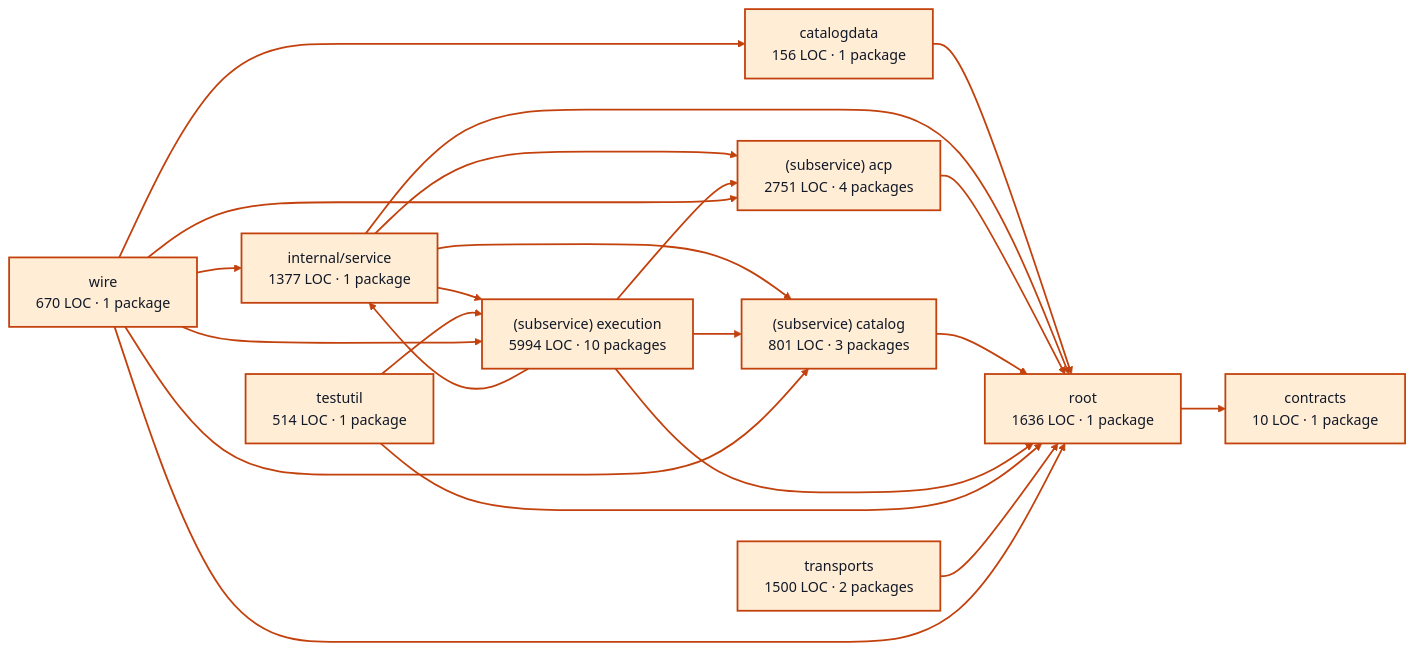
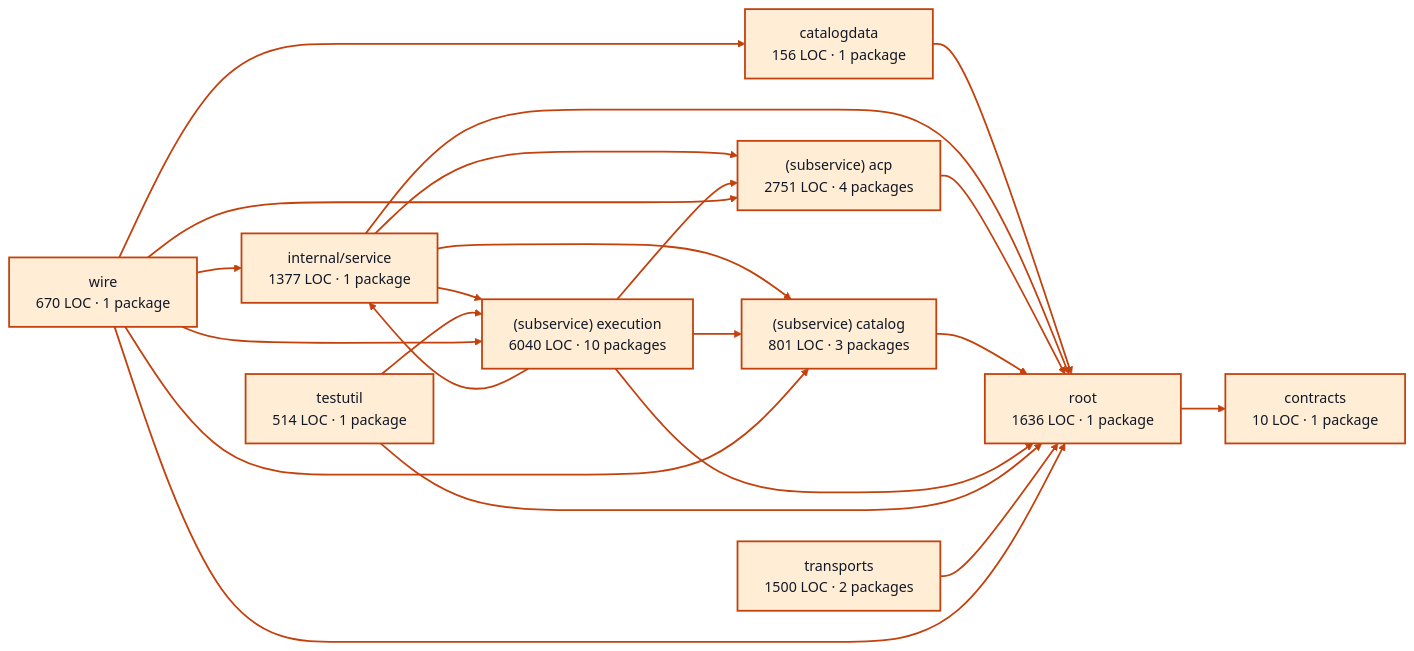
One commit to portpowered/you-agent-factory changed the diagram in docs/architecture/visualizations/services/providers.md. Above: the diagram before and after it, drawn with Mermaid. The commit also changed other lines of this file and 20 other files, not shown here.

Commit message:
docs: refresh backend architecture visualizations

````diff
--- a/docs/architecture/visualizations/services/providers.md
+++ b/docs/architecture/visualizations/services/providers.md
@@ -11,45 +11,45 @@
 ```mermaid
 flowchart LR
   p0["catalogdata<br/>156 LOC · 1 package"]
   p1["contracts<br/>10 LOC · 1 package"]
   p2["internal/service<br/>1377 LOC · 1 package"]
   p3["(subservice) acp<br/>2751 LOC · 4 packages"]
   p4["(subservice) catalog<br/>801 LOC · 3 packages"]
-  p5["(subservice) execution<br/>5994 LOC · 10 packages"]
+  p5["(subservice) execution<br/>6040 LOC · 10 packages"]
   p6["testutil<br/>514 LOC · 1 package"]
   p7["root<br/>1636 LOC · 1 package"]
   p8["transports<br/>1500 LOC · 2 packages"]
   p9["wire<br/>670 LOC · 1 package"]
   p0 --> p7
   p2 --> p3
   p2 --> p4
   p2 --> p5
   p2 --> p7
   p3 --> p7
   p4 --> p7
   p5 --> p2
   p5 --> p3
   p5 --> p4
   p5 --> p7
   p6 --> p5
   p6 --> p7
   p7 --> p1
   p8 --> p7
   p9 --> p0
   p9 --> p2
   p9 --> p3
   p9 --> p4
   p9 --> p5
   p9 --> p7
   style p0 fill:#ffedd5,stroke:#c2410c,stroke-width:2px,color:#111827
   style p1 fill:#ffedd5,stroke:#c2410c,stroke-width:2px,color:#111827
   style p2 fill:#ffedd5,stroke:#c2410c,stroke-width:2px,color:#111827
   style p3 fill:#ffedd5,stroke:#c2410c,stroke-width:2px,color:#111827
   style p4 fill:#ffedd5,stroke:#c2410c,stroke-width:2px,color:#111827
   style p5 fill:#ffedd5,stroke:#c2410c,stroke-width:2px,color:#111827
   style p6 fill:#ffedd5,stroke:#c2410c,stroke-width:2px,color:#111827
   style p7 fill:#ffedd5,stroke:#c2410c,stroke-width:2px,color:#111827
   style p8 fill:#ffedd5,stroke:#c2410c,stroke-width:2px,color:#111827
   style p9 fill:#ffedd5,stroke:#c2410c,stroke-width:2px,color:#111827
   linkStyle default stroke:#c2410c,stroke-width:2px
 ```
````
